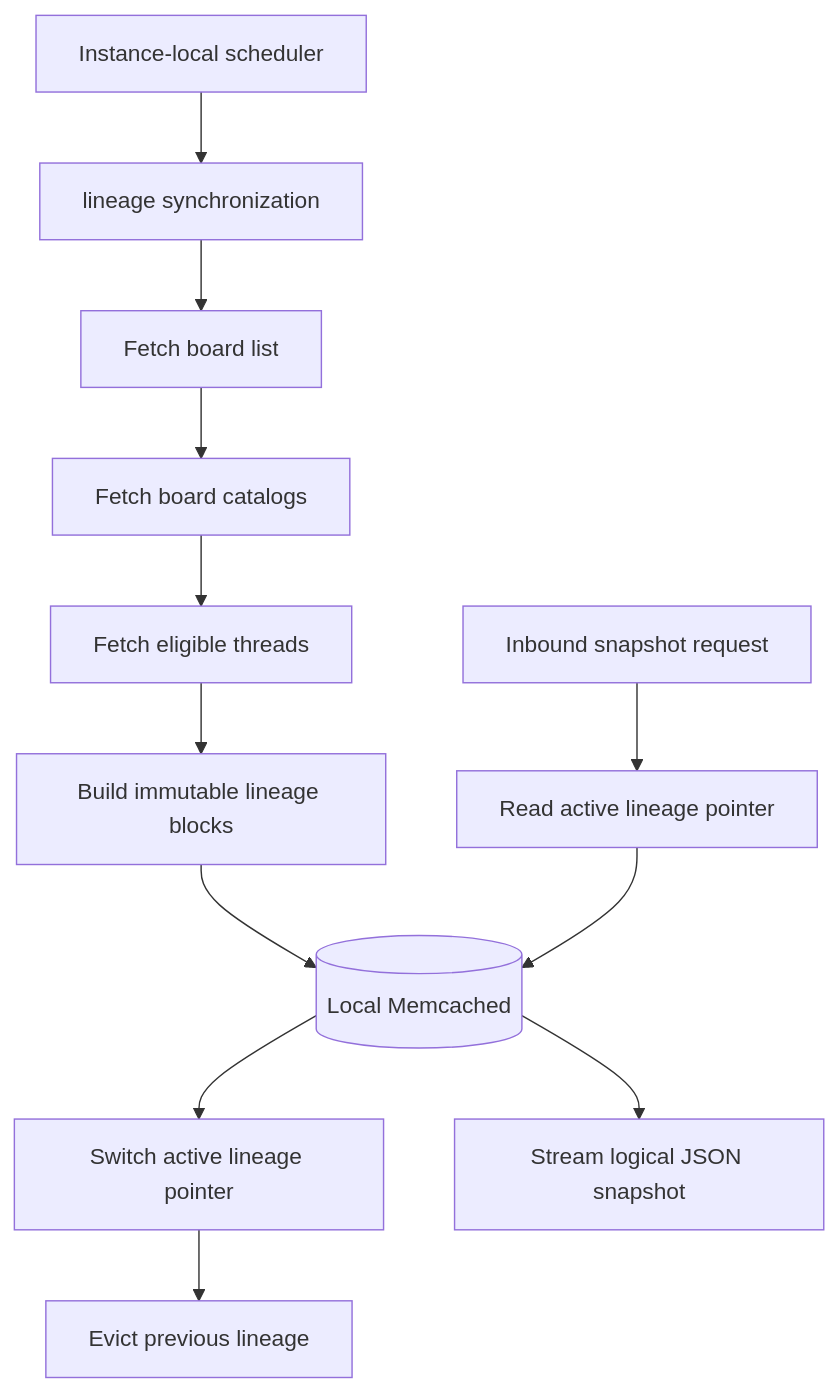
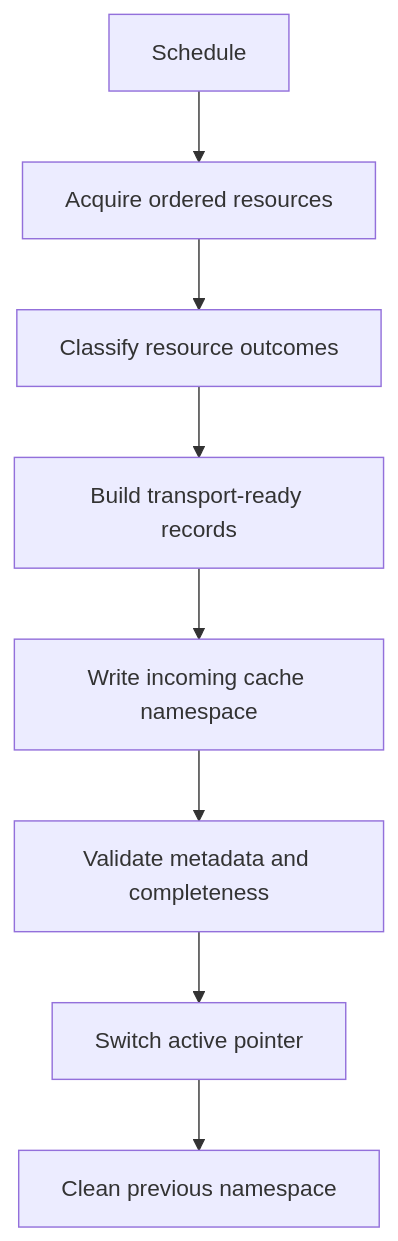
Before and after one commit to federico-paolillo/four-visor: the second of 4 diagrams in docs/SEED.md, drawn with Mermaid. The commit also changed other lines of this file and 3 other files, not shown here.

````diff
--- a/docs/SEED.md
+++ b/docs/SEED.md
@@ -308,15 +522,10 @@
 ```mermaid
 flowchart TD
-    Scheduler[Instance-local scheduler] --> Sync[lineage synchronization]
-    Sync --> Boards[Fetch board list]
-    Boards --> Catalogs[Fetch board catalogs]
-    Catalogs --> Threads[Fetch eligible threads]
-    Threads --> Build[Build immutable lineage blocks]
-    Build --> Memcached[(Local Memcached)]
-    Memcached --> Activate[Switch active lineage pointer]
-    Activate --> Evict[Evict previous lineage]
-
-    HTTP[Inbound snapshot request] --> Active[Read active lineage pointer]
-    Active --> Memcached
-    Memcached --> Stream[Stream logical JSON snapshot]
+    Schedule --> Acquire[Acquire ordered resources]
+    Acquire --> Classify[Classify resource outcomes]
+    Classify --> Frame[Build transport-ready records]
+    Frame --> Stage[Write incoming cache namespace]
+    Stage --> Verify[Validate metadata and completeness]
+    Verify --> Activate[Switch active pointer]
+    Activate --> Cleanup[Clean previous namespace]
 ```
````
